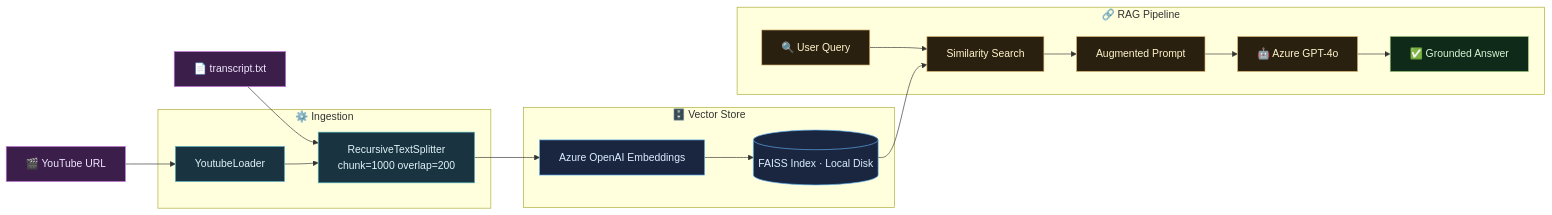
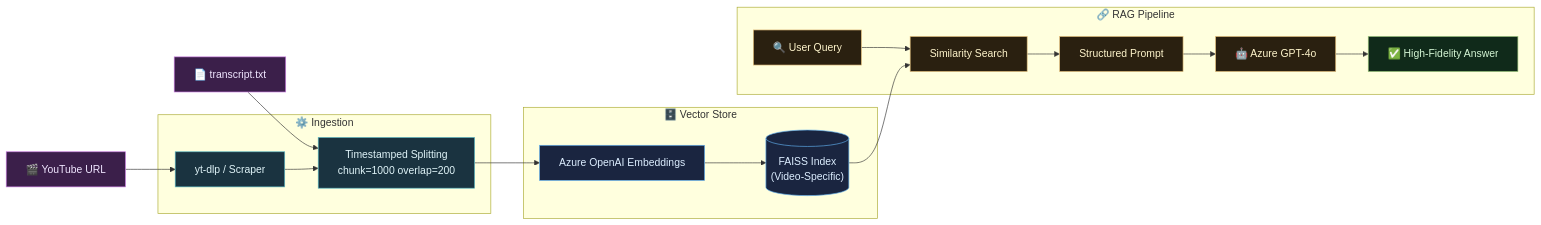
One commit to SwayamAg/YT-RAG-Bot-Semantic-Video-Intelligence changed the diagram in README.md. Above: the diagram before and after it, drawn with Mermaid. The commit also changed other lines of this file and 5 other files, not shown here.

````diff
--- a/README.md
+++ b/README.md
@@ -127,30 +131,30 @@
 ```mermaid
 graph LR
     A["🎬 YouTube URL"] --> C
     B["📄 transcript.txt"] --> D
 
     subgraph INGEST["⚙️ Ingestion"]
-        C["YoutubeLoader"] --> D["RecursiveTextSplitter\nchunk=1000  overlap=200"]
+        C["yt-dlp / Scraper"] --> D["Timestamped Splitting\nchunk=1000  overlap=200"]
     end
 
     subgraph VECTOR["🗄️ Vector Store"]
-        D --> E["Azure OpenAI Embeddings"] --> F[("FAISS Index · Local Disk")]
+        D --> E["Azure OpenAI Embeddings"] --> F[("FAISS Index\n(Video-Specific)")]
     end
 
     subgraph RAG["🔗 RAG Pipeline"]
         G["🔍 User Query"] --> H["Similarity Search"]
-        F --> H --> I["Augmented Prompt"] --> J["🤖 Azure GPT-4o"] --> K["✅ Grounded Answer"]
+        F --> H --> I["Structured Prompt"] --> J["🤖 Azure GPT-4o"] --> K["✅ High-Fidelity Answer"]
     end
 
     classDef input   fill:#3b1f4a,stroke:#c678dd,color:#f0e6ff
     classDef ingest  fill:#1a3340,stroke:#56b6c2,color:#e0f4f8
     classDef vector  fill:#1a2540,stroke:#61afef,color:#ddeeff
     classDef rag     fill:#2a2010,stroke:#e5c07b,color:#fff5cc
     classDef output  fill:#102a1a,stroke:#98c379,color:#d4f5d4
 
     class A,B input
     class C,D ingest
     class E,F vector
     class G,H,I,J rag
     class K output
 ```
````
